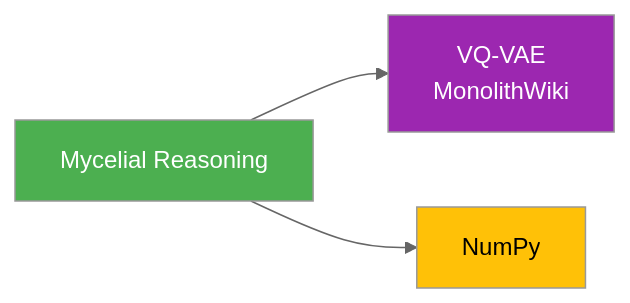
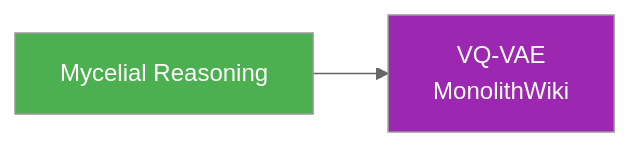
Before and after one commit to GAndreuu/Prototype-Alexandria: the fourth of 5 diagrams in docs/modules/02_mycelial_reasoning.md, drawn with Mermaid (neutral theme). The commit also changed other lines of this file and 28 other files, not shown here.

Commit message:
Refactor Mycelial Reasoning to Sparse Graph, cleanup legacy files, and update docs

````diff
--- a/docs/modules/02_mycelial_reasoning.md
+++ b/docs/modules/02_mycelial_reasoning.md
@@ -237,9 +208,7 @@
 ```mermaid
 graph LR
     Mycelial[Mycelial Reasoning] --> VQVAE[VQ-VAE<br/>MonolithWiki]
-    Mycelial --> NumPy[NumPy]
     
     style Mycelial fill:#4CAF50,color:#fff
     style VQVAE fill:#9C27B0,color:#fff
-    style NumPy fill:#FFC107,color:#000
 ```
````
